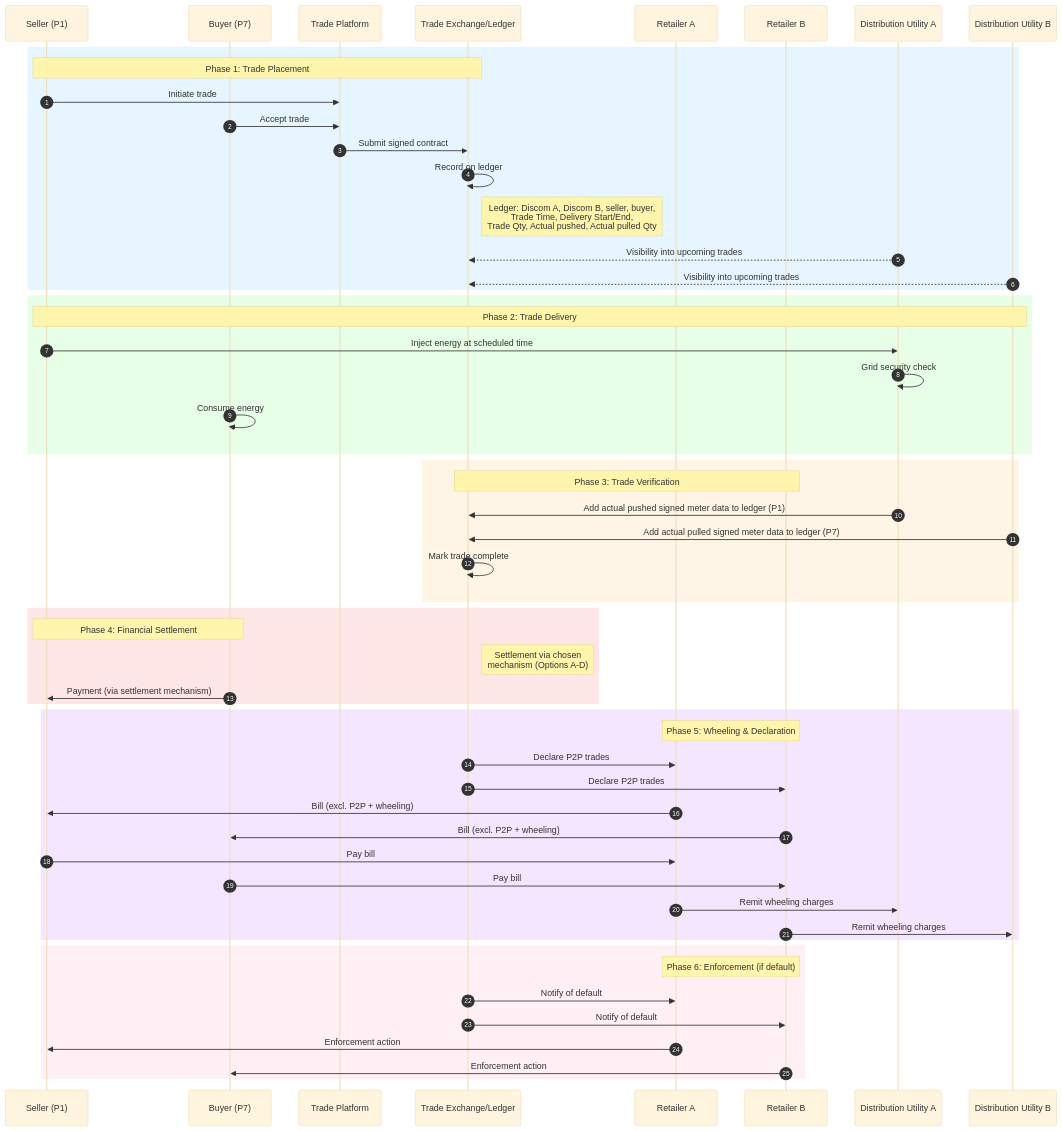
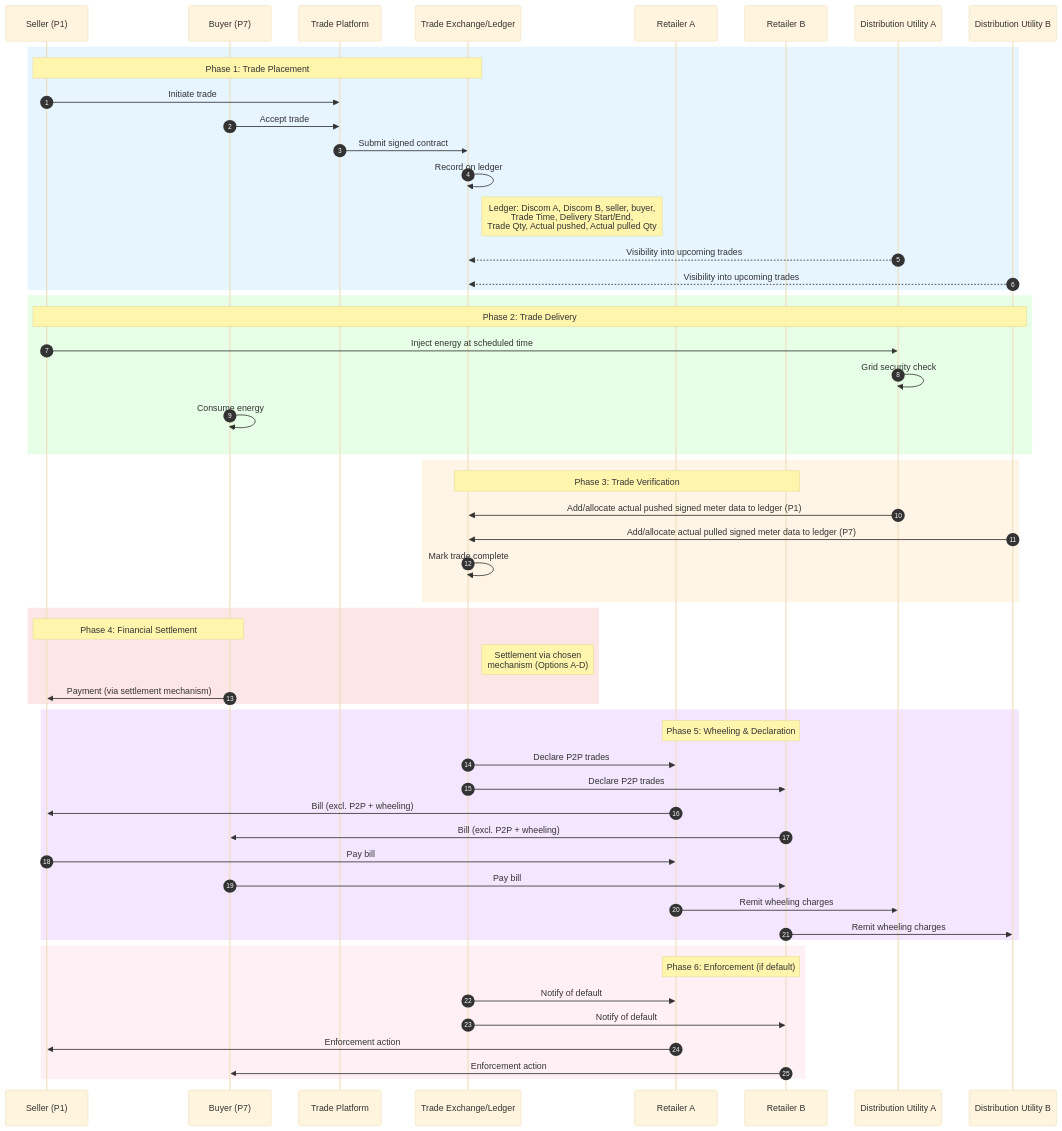
The first of 12 diagrams in docs/implementation-guides/v2/P2P_Trading/Inter_energy_retailer_P2P_trading_draft.md (Beckn-One/DEG), drawn with Mermaid (base theme) before and after one commit.

Commit message:
update language slightly around allocation

````diff
--- a/docs/implementation-guides/v2/P2P_Trading/Inter_energy_retailer_P2P_trading_draft.md
+++ b/docs/implementation-guides/v2/P2P_Trading/Inter_energy_retailer_P2P_trading_draft.md
@@ -53,63 +53,63 @@
 ```mermaid
 sequenceDiagram
     autonumber
     participant S as Seller (P1)
     participant B as Buyer (P7)
     participant TP as Trade Platform
     participant TE as Trade Exchange/Ledger
     participant RA as Retailer A
     participant RB as Retailer B
     participant DU_A as Distribution Utility A
     participant DU_B as Distribution Utility B
 
     rect rgb(230, 245, 255)
     note over S,TE: Phase 1: Trade Placement
     S->>TP: Initiate trade
     B->>TP: Accept trade
     TP->>TE: Submit signed contract
     TE->>TE: Record on ledger
     Note right of TE: Ledger: Discom A, Discom B, seller, buyer, <br/>Trade Time, Delivery Start/End,<br/>Trade Qty, Actual pushed, Actual pulled Qty
     DU_A-->>TE: Visibility into upcoming trades
     DU_B-->>TE: Visibility into upcoming trades
     end
 
     rect rgb(230, 255, 230)
     note over S,DU_B: Phase 2: Trade Delivery
     S->>DU_A: Inject energy at scheduled time
     DU_A->>DU_A: Grid security check
     B->>B: Consume energy
     end
 
     rect rgb(255, 245, 230)
     note over TE,RB: Phase 3: Trade Verification
-    DU_A->>TE: Add actual pushed signed meter data to ledger (P1)
-    DU_B->>TE: Add actual pulled signed meter data to ledger (P7)
+    DU_A->>TE: Add/allocate actual pushed signed meter data to ledger (P1)
+    DU_B->>TE: Add/allocate actual pulled signed meter data to ledger (P7)
     TE->>TE: Mark trade complete
     end
 
     rect rgb(255, 230, 230)
     note over S,B: Phase 4: Financial Settlement
     Note right of TE: Settlement via chosen<br/>mechanism (Options A-D)
     B->>S: Payment (via settlement mechanism)
     end
 
     rect rgb(245, 230, 255)
     note over RA,RB: Phase 5: Wheeling & Declaration
     TE->>RA: Declare P2P trades
     TE->>RB: Declare P2P trades
     RA->>S: Bill (excl. P2P + wheeling)
     RB->>B: Bill (excl. P2P + wheeling)
     S->>RA: Pay bill
     B->>RB: Pay bill
     RA->>DU_A: Remit wheeling charges
     RB->>DU_B: Remit wheeling charges
     end
 
     rect rgb(255, 240, 245)
     note over RA,RB: Phase 6: Enforcement (if default)
     TE->>RA: Notify of default
     TE->>RB: Notify of default
     RA->>S: Enforcement action
     RB->>B: Enforcement action
     end
 ```
````
